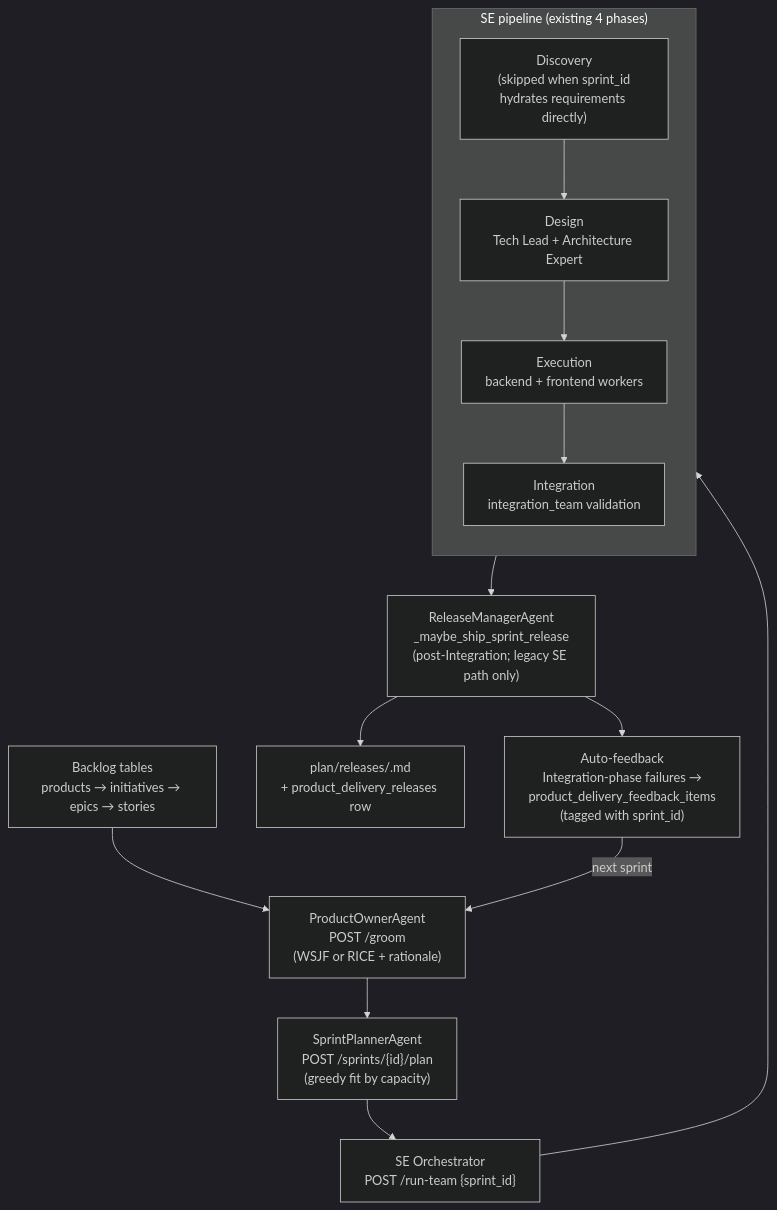
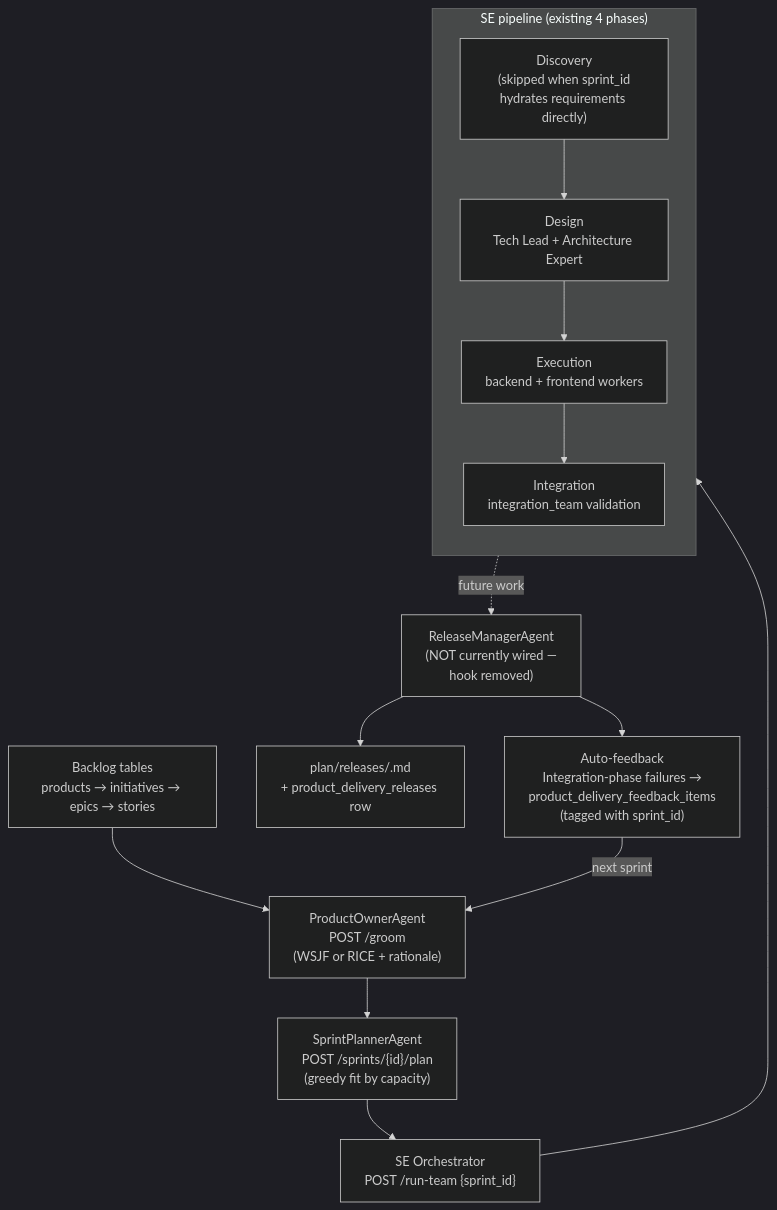
Before and after one commit to brandonkindred/Khala-Agentic-AI-Teams: diagram 12 of 15 in docs/ARCHITECTURE.md, drawn with Mermaid (dark theme). The commit also changed other lines of this file and 14 other files, not shown here.

````diff
--- a/docs/ARCHITECTURE.md
+++ b/docs/ARCHITECTURE.md
@@ -539,26 +535,26 @@
 ```mermaid
 flowchart TB
     Backlog["Backlog tables\nproducts → initiatives → epics → stories"]
     Groom["ProductOwnerAgent\nPOST /groom\n(WSJF or RICE + rationale)"]
     Plan["SprintPlannerAgent\nPOST /sprints/{id}/plan\n(greedy fit by capacity)"]
     Run["SE Orchestrator\nPOST /run-team {sprint_id}"]
 
     subgraph se ["SE pipeline (existing 4 phases)"]
         direction TB
         Discovery["Discovery\n(skipped when sprint_id\nhydrates requirements directly)"]
         Design["Design\nTech Lead + Architecture Expert"]
         Execution["Execution\nbackend + frontend workers"]
         Integration["Integration\nintegration_team validation"]
         Discovery --> Design --> Execution --> Integration
     end
 
-    Release["ReleaseManagerAgent\n_maybe_ship_sprint_release\n(post-Integration; legacy SE path only)"]
+    Release["ReleaseManagerAgent\n(NOT currently wired —\nhook removed)"]
     Notes["plan/releases/<version>.md\n+ product_delivery_releases row"]
     Feedback["Auto-feedback\nIntegration-phase failures →\nproduct_delivery_feedback_items\n(tagged with sprint_id)"]
 
     Backlog --> Groom --> Plan --> Run --> Discovery
-    Integration --> Release
+    Integration -. "future work" .-> Release
     Release --> Notes
     Release --> Feedback
     Feedback -->|"next sprint"| Groom
 ```
````
